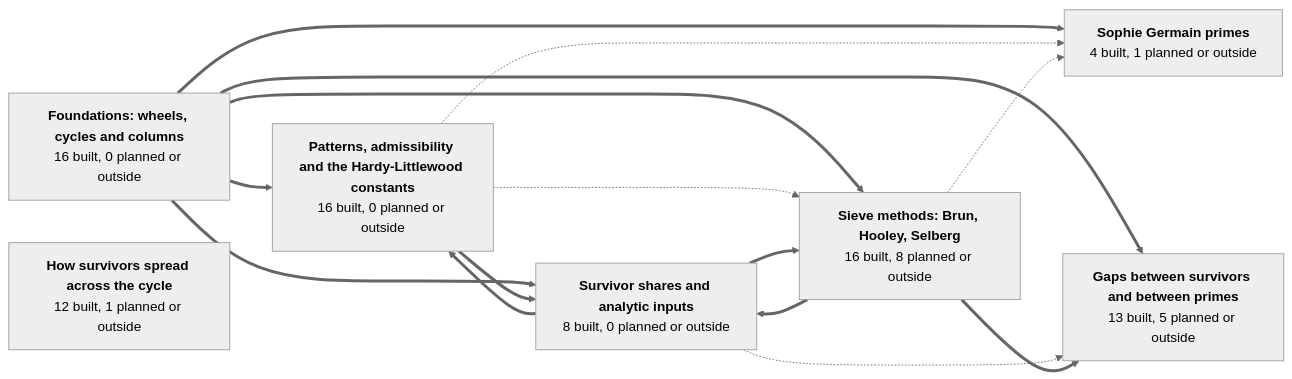
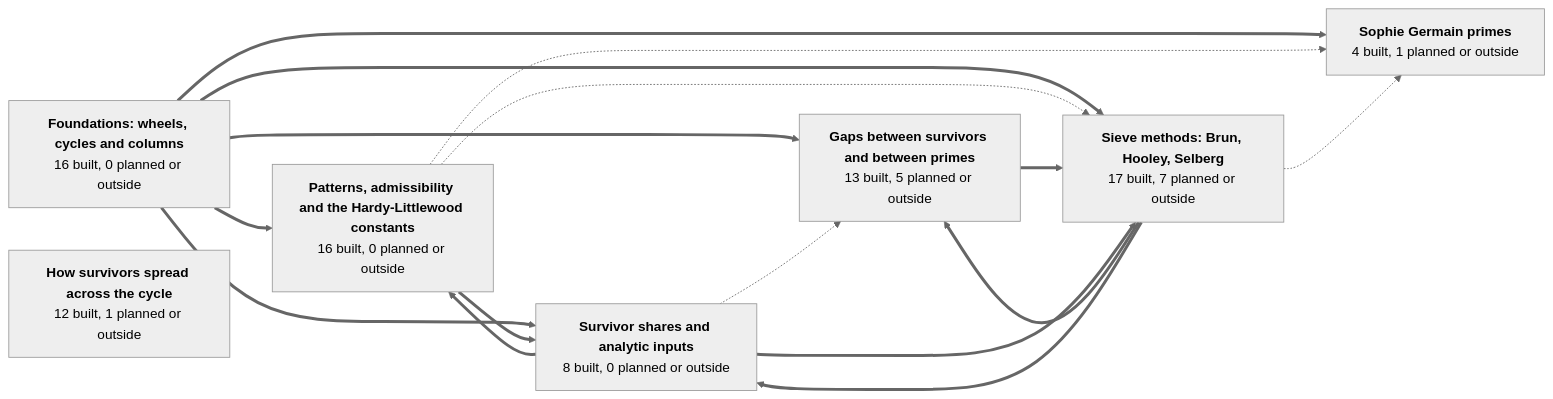
The first of 8 diagrams in GRAPH.md (golfbum71/RNS-Sieve-Network), drawn with Mermaid (neutral theme) before and after one commit. The commit also changed other lines of this file and 13 other files, not shown here.

````diff
--- a/GRAPH.md
+++ b/GRAPH.md
@@ -45,31 +45,32 @@
 ```mermaid
 graph LR
   g1["<b>Foundations: wheels, cycles and columns</b><br/>16 built, 0 planned or outside"]
   g2["<b>Patterns, admissibility and the Hardy-Littlewood constants</b><br/>16 built, 0 planned or outside"]
   g3["<b>How survivors spread across the cycle</b><br/>12 built, 1 planned or outside"]
   g4["<b>Gaps between survivors and between primes</b><br/>13 built, 5 planned or outside"]
   g5["<b>Sophie Germain primes</b><br/>4 built, 1 planned or outside"]
   g6["<b>Survivor shares and analytic inputs</b><br/>8 built, 0 planned or outside"]
-  g7["<b>Sieve methods: Brun, Hooley, Selberg</b><br/>16 built, 8 planned or outside"]
+  g7["<b>Sieve methods: Brun, Hooley, Selberg</b><br/>17 built, 7 planned or outside"]
   g1 ==> g2
   g1 ==> g4
   g1 ==> g5
   g1 ==> g6
   g1 ==> g7
   g2 -.-> g5
   g2 ==> g6
   g2 -.-> g7
+  g4 ==> g7
   g6 ==> g2
   g6 -.-> g4
   g6 ==> g7
   g7 ==> g4
   g7 -.-> g5
   g7 ==> g6
   click g1 href "https://github.com/golfbum71/RNS-Sieve-Network/blob/main/GRAPH.md#foundations-wheels-cycles-and-columns" _self
   click g2 href "https://github.com/golfbum71/RNS-Sieve-Network/blob/main/GRAPH.md#patterns-admissibility-and-the-hardy-littlewood-constants" _self
   click g3 href "https://github.com/golfbum71/RNS-Sieve-Network/blob/main/GRAPH.md#how-survivors-spread-across-the-cycle" _self
   click g4 href "https://github.com/golfbum71/RNS-Sieve-Network/blob/main/GRAPH.md#gaps-between-survivors-and-between-primes" _self
   click g5 href "https://github.com/golfbum71/RNS-Sieve-Network/blob/main/GRAPH.md#sophie-germain-primes" _self
   click g6 href "https://github.com/golfbum71/RNS-Sieve-Network/blob/main/GRAPH.md#survivor-shares-and-analytic-inputs" _self
   click g7 href "https://github.com/golfbum71/RNS-Sieve-Network/blob/main/GRAPH.md#sieve-methods-brun-hooley-selberg" _self
 ```
````
